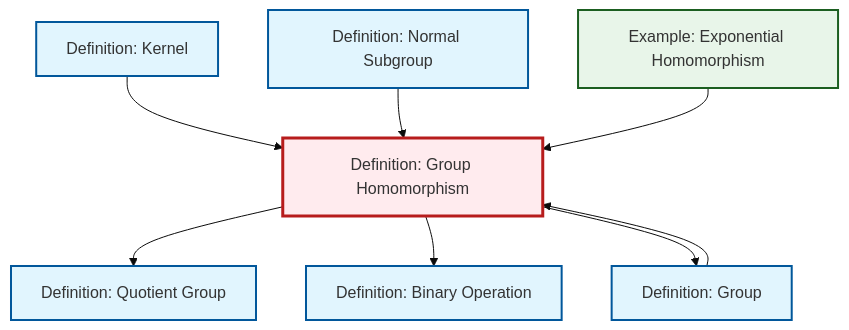
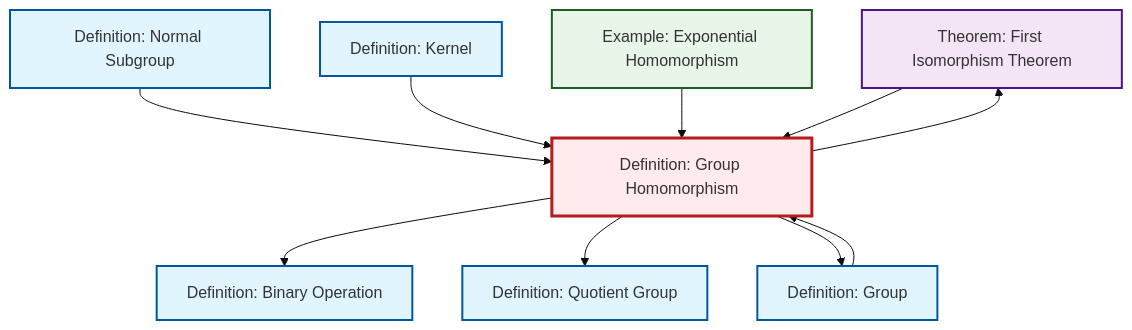
Before and after one commit to RK0429/ModernMath: the diagram in content/en/algebra/def-homomorphism.qmd, drawn with Mermaid (base theme). The commit also changed 615 other files, not shown here.

````diff
--- a/content/en/algebra/def-homomorphism.qmd
+++ b/content/en/algebra/def-homomorphism.qmd
@@ -61,30 +61,34 @@
 ```{mermaid}
 %%| fig-cap: "Local dependency graph"
 graph TD
     classDef definition fill:#e1f5fe,stroke:#01579b,stroke-width:2px
     classDef theorem fill:#f3e5f5,stroke:#4a148c,stroke-width:2px
     classDef axiom fill:#fff3e0,stroke:#e65100,stroke-width:2px
     classDef example fill:#e8f5e9,stroke:#1b5e20,stroke-width:2px
     classDef current fill:#ffebee,stroke:#b71c1c,stroke-width:3px
+    thm-first-isomorphism["Theorem: First Isomorphism Theorem"]:::theorem
+    def-homomorphism["Definition: Group Homomorphism"]:::definition
+    def-kernel["Definition: Kernel"]:::definition
+    def-group["Definition: Group"]:::definition
+    ex-exponential-homomorphism["Example: Exponential Homomorphism"]:::example
+    def-binary-operation["Definition: Binary Operation"]:::definition
+    def-normal-subgroup["Definition: Normal Subgroup"]:::definition
     def-quotient-group["Definition: Quotient Group"]:::definition
-    def-kernel["Definition: Kernel"]:::definition
-    def-homomorphism["Definition: Group Homomorphism"]:::definition
-    ex-exponential-homomorphism["Example: Exponential Homomorphism"]:::example
-    def-normal-subgroup["Definition: Normal Subgroup"]:::definition
-    def-group["Definition: Group"]:::definition
-    def-binary-operation["Definition: Binary Operation"]:::definition
-    def-kernel --> def-homomorphism
-    def-homomorphism --> def-quotient-group
     def-normal-subgroup --> def-homomorphism
     def-homomorphism --> def-binary-operation
+    def-kernel --> def-homomorphism
+    ex-exponential-homomorphism --> def-homomorphism
+    def-homomorphism --> def-quotient-group
+    def-homomorphism --> def-group
+    thm-first-isomorphism --> def-homomorphism
     def-group --> def-homomorphism
-    def-homomorphism --> def-group
-    ex-exponential-homomorphism --> def-homomorphism
+    def-homomorphism --> thm-first-isomorphism
     class def-homomorphism current
+    click thm-first-isomorphism "thm-first-isomorphism.html" "Go to First Isomorphism Theorem theorem"
+    click def-kernel "def-kernel.html" "Go to Kernel definition"
+    click def-group "def-group.html" "Go to Group definition"
+    click ex-exponential-homomorphism "ex-exponential-homomorphism.html" "Go to Exponential Homomorphism example"
+    click def-binary-operation "def-binary-operation.html" "Go to Binary Operation definition"
+    click def-normal-subgroup "def-normal-subgroup.html" "Go to Normal Subgroup definition"
     click def-quotient-group "def-quotient-group.html" "Go to Quotient Group definition"
-    click def-kernel "def-kernel.html" "Go to Kernel definition"
-    click ex-exponential-homomorphism "ex-exponential-homomorphism.html" "Go to Exponential Homomorphism example"
-    click def-normal-subgroup "def-normal-subgroup.html" "Go to Normal Subgroup definition"
-    click def-group "def-group.html" "Go to Group definition"
-    click def-binary-operation "def-binary-operation.html" "Go to Binary Operation definition"
 ```
````
